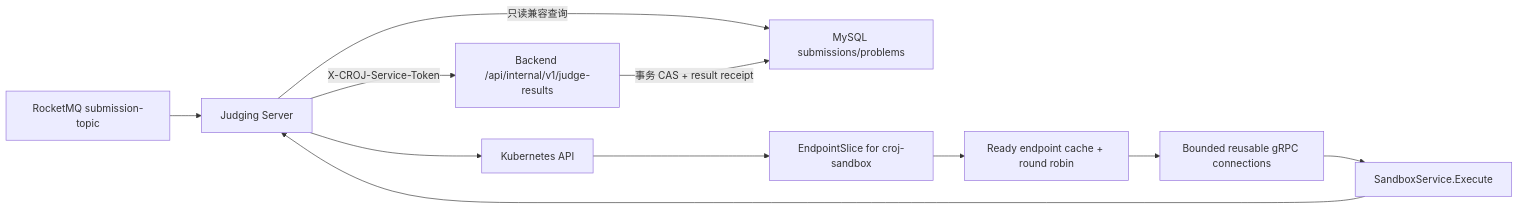
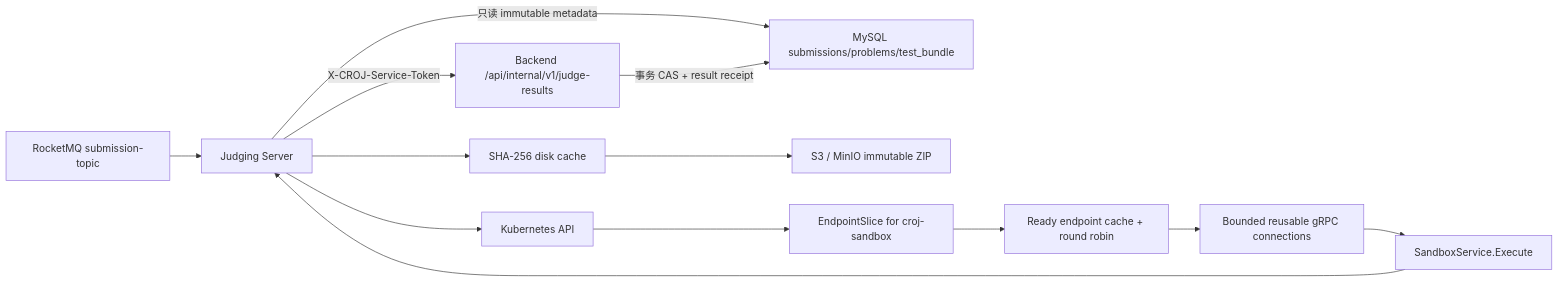
The diagram in README.md (CodeRushOJ/croj-judging-server), drawn with Mermaid before and after one commit. The commit also changed other lines of this file and 23 other files, not shown here.

Commit message:
feat(judge): wire immutable hidden bundle execution

````diff
--- a/README.md
+++ b/README.md
@@ -9,13 +9,15 @@
 ```mermaid
 flowchart LR
     MQ["RocketMQ submission-topic"] --> Judge["Judging Server"]
-    Judge -->|"只读兼容查询"| DB["MySQL submissions/problems"]
+    Judge -->|"只读 immutable metadata"| DB["MySQL submissions/problems/test_bundle"]
+    Judge --> Cache["SHA-256 disk cache"]
+    Cache --> MinIO["S3 / MinIO immutable ZIP"]
     Judge --> API["Kubernetes API"]
     API --> ES["EndpointSlice for croj-sandbox"]
     ES --> Scheduler["Ready endpoint cache + round robin"]
     Scheduler --> GRPC["Bounded reusable gRPC connections"]
     GRPC --> Sandbox["SandboxService.Execute"]
     Sandbox --> Judge
     Judge -->|"X-CROJ-Service-Token"| Backend["Backend /api/internal/v1/judge-results"]
     Backend -->|"事务 CAS + result receipt"| DB
 ```
````
